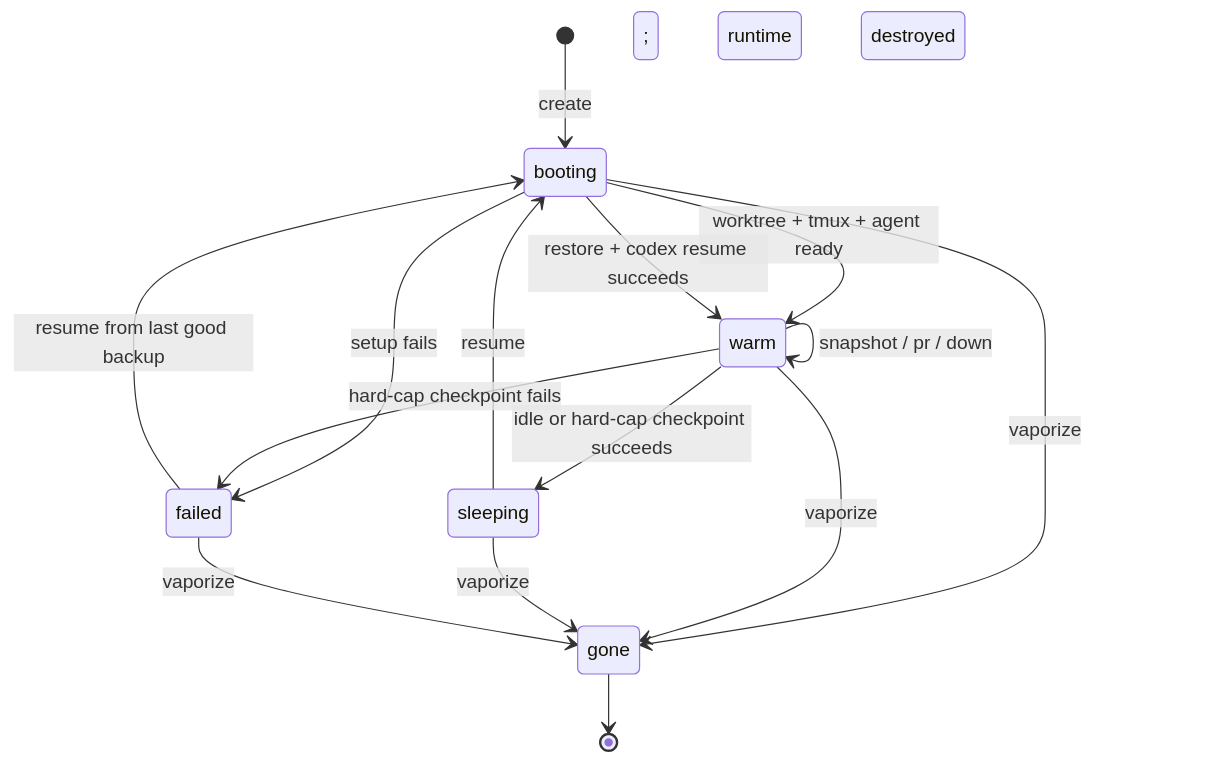
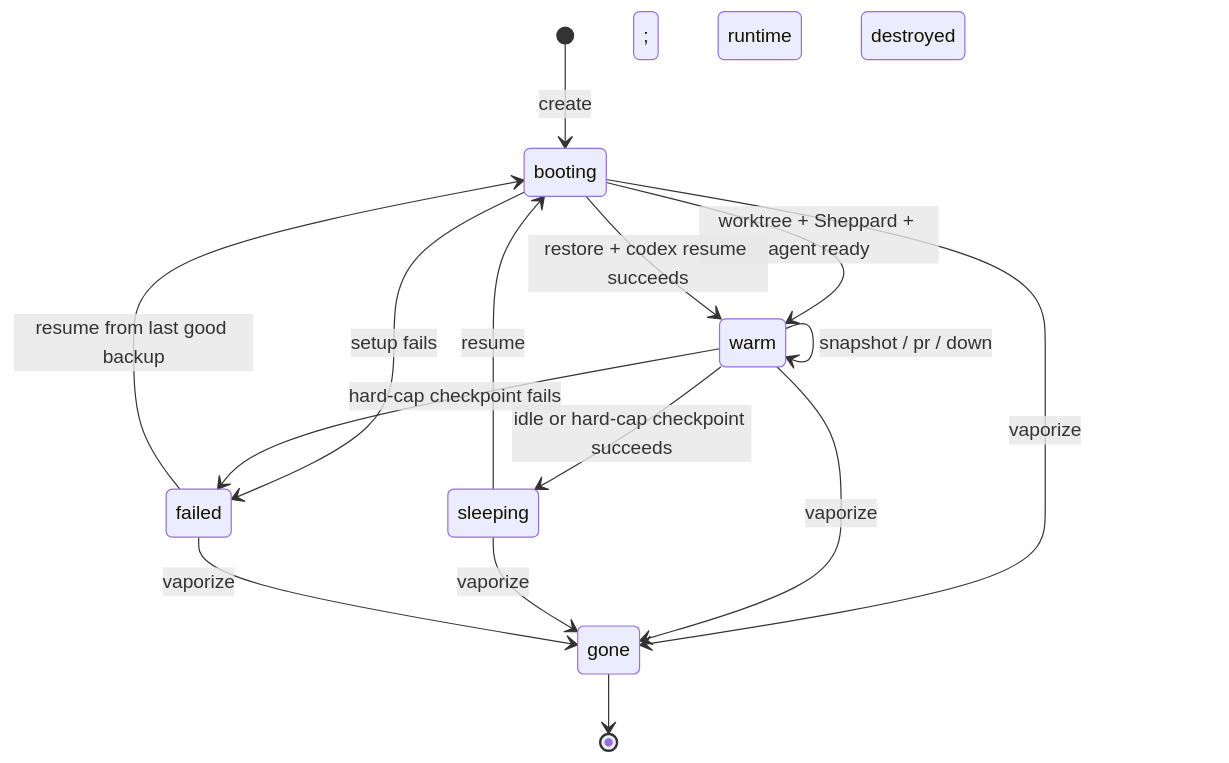
One commit to Yeshwanthyk/scotty changed the first of 2 diagrams in IMPLEMENTATION_DAG.md. Above: the diagram before and after it, drawn with Mermaid. The commit also changed other lines of this file and 20 other files, not shown here.

Commit message:
Replace tmux with Sheppard for web sessions

````diff
--- a/IMPLEMENTATION_DAG.md
+++ b/IMPLEMENTATION_DAG.md
@@ -65,20 +65,20 @@
 ```mermaid
 stateDiagram-v2
     [*] --> booting: create
-    booting --> warm: worktree + tmux + agent ready
+    booting --> warm: worktree + Sheppard + agent ready
     booting --> failed: setup fails
 
     warm --> warm: snapshot / pr / down
     warm --> sleeping: idle or hard-cap checkpoint succeeds
     warm --> failed: hard-cap checkpoint fails; runtime destroyed
 
     sleeping --> booting: resume
     failed --> booting: resume from last good backup
     booting --> warm: restore + codex resume succeeds
 
     booting --> gone: vaporize
     warm --> gone: vaporize
     sleeping --> gone: vaporize
     failed --> gone: vaporize
     gone --> [*]
 ```
````
